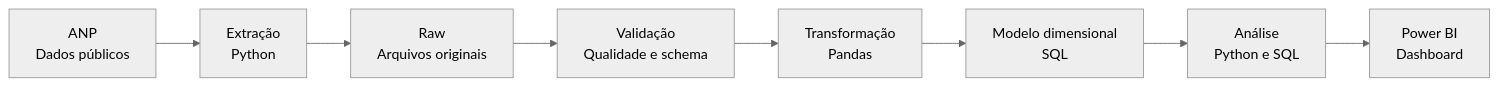
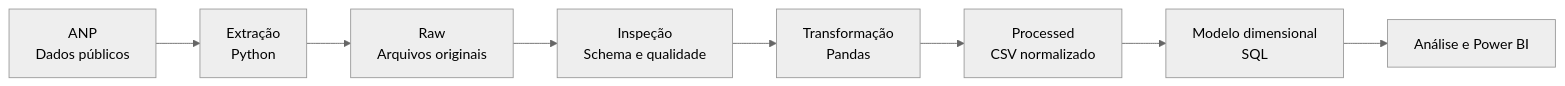
Before and after one commit to peedrovinicius/observatorio-combustiveis-brasil: the first of 2 diagrams in README.md, drawn with Mermaid (neutral theme). The commit also changed other lines of this file and 3 other files, not shown here.

Commit message:
feat: add schema-aware ANP transformation layer

````diff
--- a/README.md
+++ b/README.md
@@ -27,10 +27,10 @@
 ```mermaid
 flowchart LR
     A[ANP<br/>Dados públicos] --> B[Extração<br/>Python]
     B --> C[Raw<br/>Arquivos originais]
-    C --> D[Validação<br/>Qualidade e schema]
+    C --> D[Inspeção<br/>Schema e qualidade]
     D --> E[Transformação<br/>Pandas]
-    E --> F[Modelo dimensional<br/>SQL]
-    F --> G[Análise<br/>Python e SQL]
-    G --> H[Power BI<br/>Dashboard]
+    E --> F[Processed<br/>CSV normalizado]
+    F --> G[Modelo dimensional<br/>SQL]
+    G --> H[Análise e Power BI]
 ```
````
